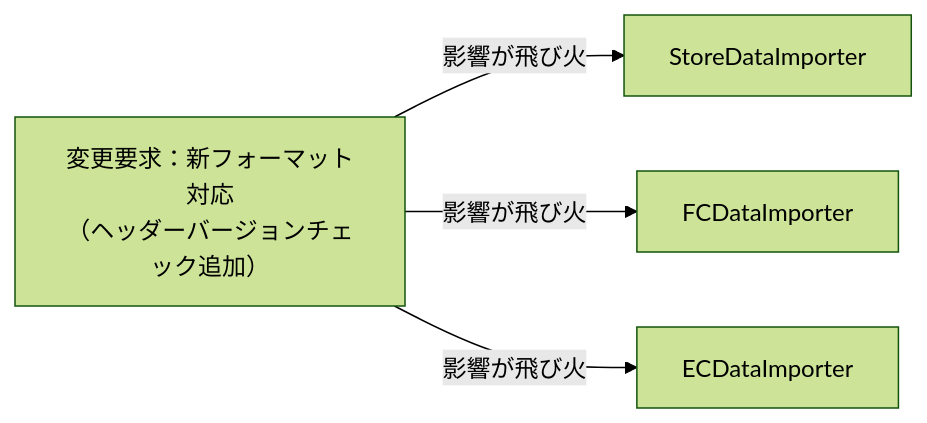
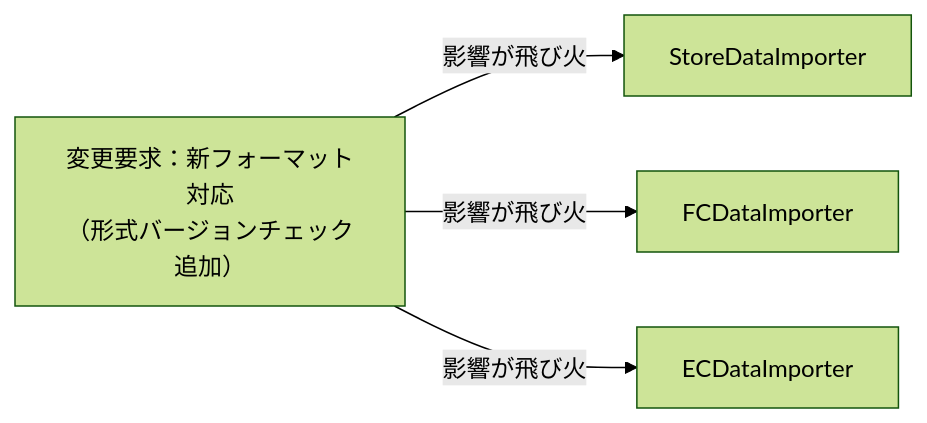
One commit to kumachan1101-pixel/DesignPattern changed the second of 7 diagrams in kindle/design-patterns/output/chapter04.md. Above: the diagram before and after it, drawn with Mermaid (forest theme). The commit also changed other lines of this file and 1 other file, not shown here.

````diff
--- a/kindle/design-patterns/output/chapter04.md
+++ b/kindle/design-patterns/output/chapter04.md
@@ -309,8 +309,8 @@
 ```mermaid
 graph LR
-    T1["変更要求：新フォーマット対応<br>（ヘッダーバージョンチェック追加）"]
+    T1["変更要求：新フォーマット対応<br>（形式バージョンチェック追加）"]
     T1 -->|"影響が飛び火"| A["StoreDataImporter"]
     T1 -->|"影響が飛び火"| B["FCDataImporter"]
     T1 -->|"影響が飛び火"| C["ECDataImporter"]
 
 ```
````
